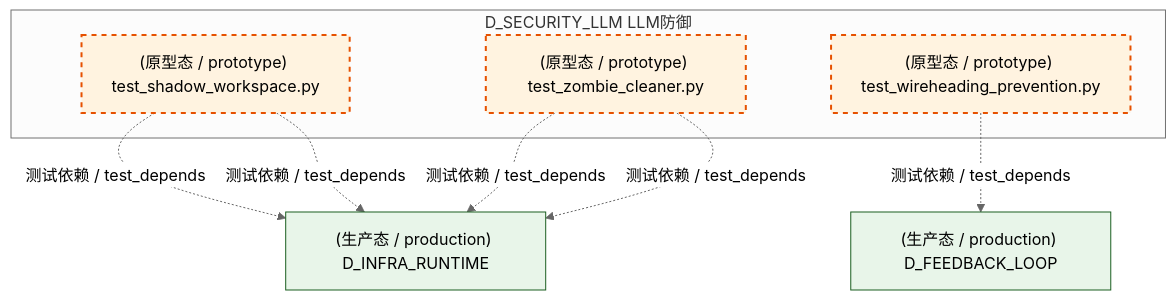
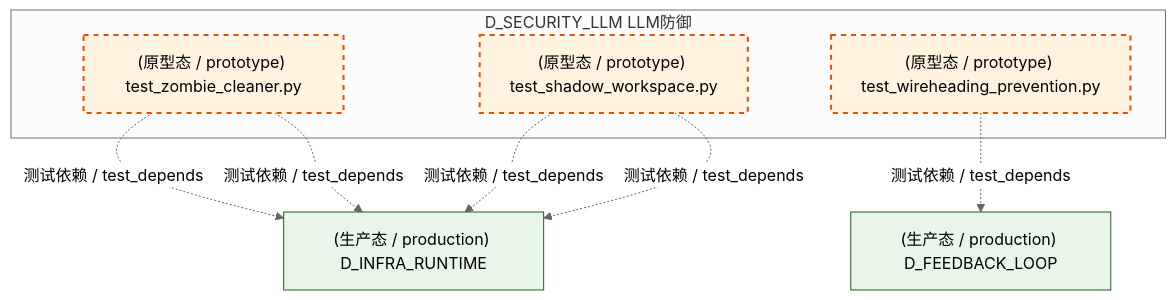
One commit to xuanFelixVan/ZephyrAlpha changed the third of 6 diagrams in docs/02_enterprise_architecture/02_domain_architecture_docs/25_d_security_llm.md. Above: the diagram before and after it, drawn with Mermaid (neutral theme). The commit also changed other lines of this file and 126 other files, not shown here.

````diff
--- a/docs/02_enterprise_architecture/02_domain_architecture_docs/25_d_security_llm.md
+++ b/docs/02_enterprise_architecture/02_domain_architecture_docs/25_d_security_llm.md
@@ -273,21 +275,21 @@
 ```mermaid
 graph TD
     subgraph D_SECURITY_LLM["D_SECURITY_LLM LLM防御"]
         tests_llm_security_test_shadow_workspace_py["(原型态 / prototype) test_shadow_workspace.py"]
         tests_llm_security_test_wireheading_prevention_py["(原型态 / prototype) test_wireheading_prevention.py"]
         tests_llm_security_test_zombie_cleaner_py["(原型态 / prototype) test_zombie_cleaner.py"]
     end
     D_INFRA_RUNTIME["(生产态 / production) D_INFRA_RUNTIME"]
-    tests_llm_security_test_shadow_workspace_py -.->|测试依赖 / test_depends| D_INFRA_RUNTIME
-    tests_llm_security_test_shadow_workspace_py -.->|测试依赖 / test_depends| D_INFRA_RUNTIME
     tests_llm_security_test_zombie_cleaner_py -.->|测试依赖 / test_depends| D_INFRA_RUNTIME
     tests_llm_security_test_zombie_cleaner_py -.->|测试依赖 / test_depends| D_INFRA_RUNTIME
     D_FEEDBACK_LOOP["(生产态 / production) D_FEEDBACK_LOOP"]
     tests_llm_security_test_wireheading_prevention_py -.->|测试依赖 / test_depends| D_FEEDBACK_LOOP
+    tests_llm_security_test_shadow_workspace_py -.->|测试依赖 / test_depends| D_INFRA_RUNTIME
+    tests_llm_security_test_shadow_workspace_py -.->|测试依赖 / test_depends| D_INFRA_RUNTIME
     classDef production fill:#e1f5fe,stroke:#01579b,stroke-width:2px,color:#000
     classDef design fill:#fff3e0,stroke:#e65100,stroke-width:2px,color:#000,stroke-dasharray: 5 5
     classDef external_prod fill:#e8f5e9,stroke:#1b5e20,stroke-width:1px,color:#000
     classDef external_design fill:#fce4ec,stroke:#880e4f,stroke-width:1px,color:#000,stroke-dasharray: 5 5
     class tests_llm_security_test_shadow_workspace_py,tests_llm_security_test_wireheading_prevention_py,tests_llm_security_test_zombie_cleaner_py design
     class D_INFRA_RUNTIME,D_FEEDBACK_LOOP external_prod
 ```
````
